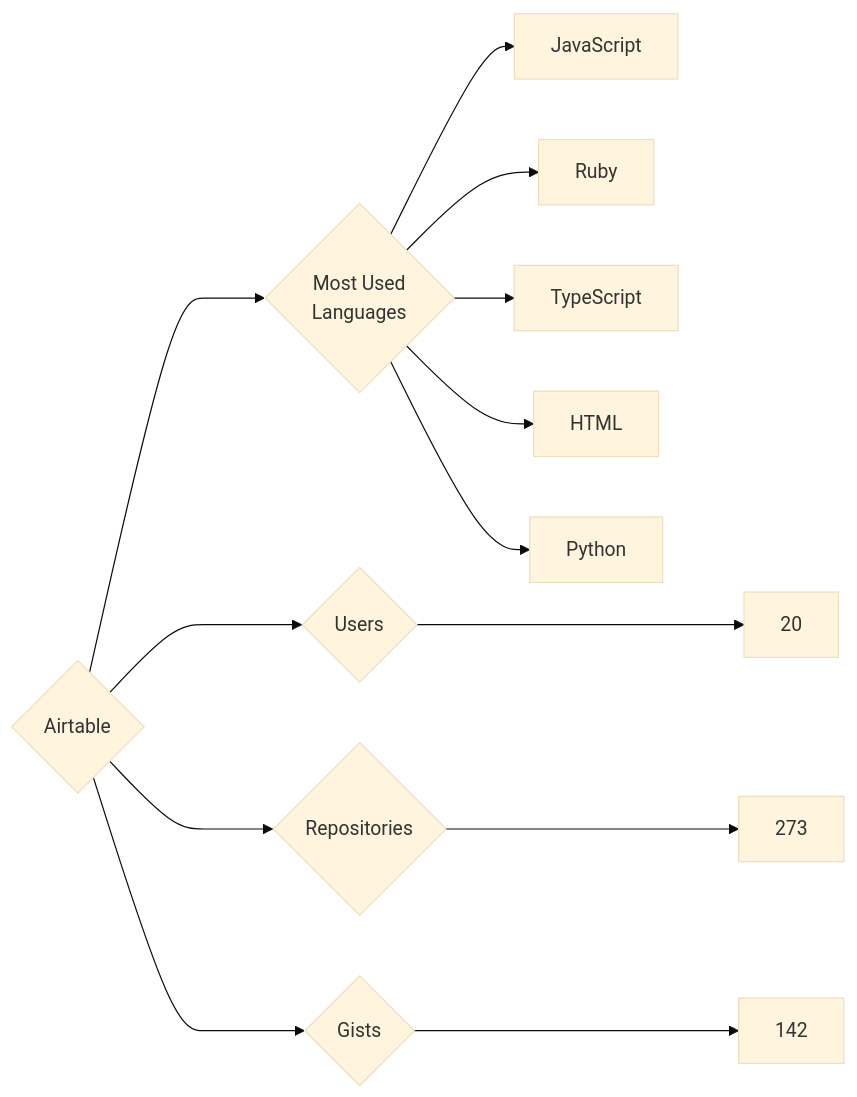
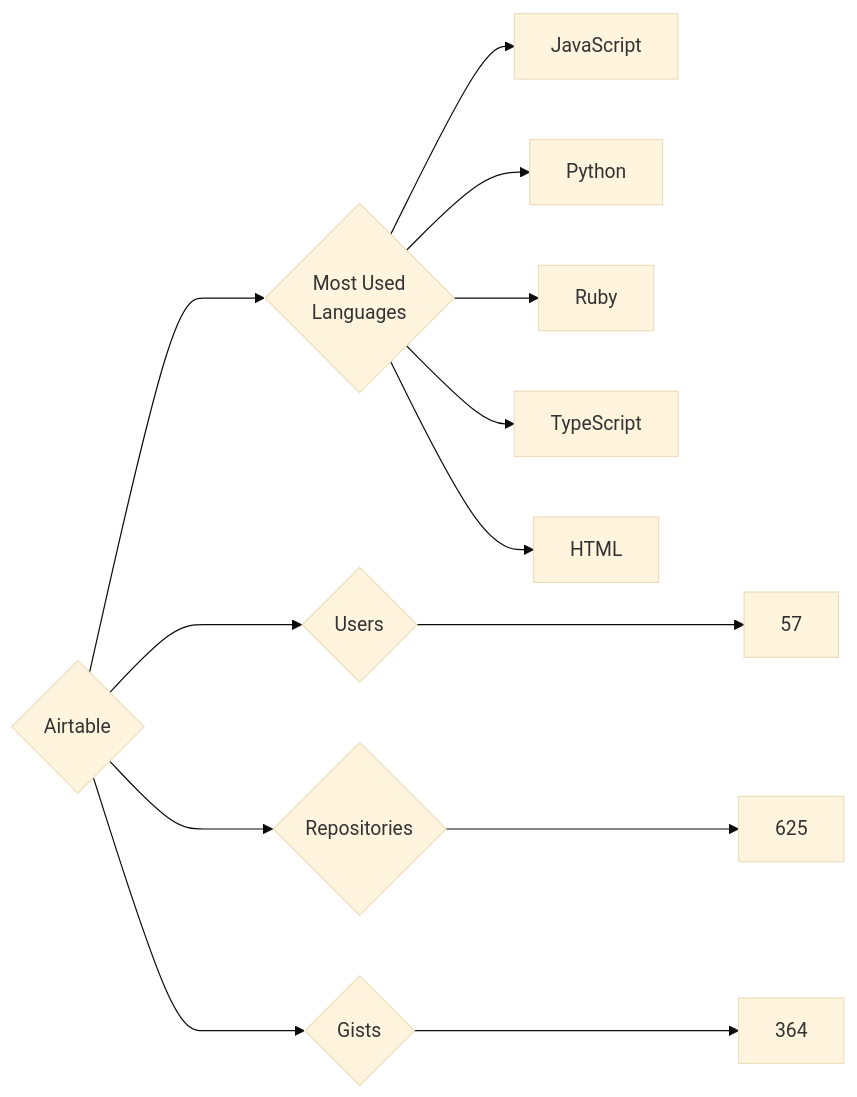
Before and after one commit to trickest/insiders: the diagram in targets/Airtable/README.md, drawn with Mermaid (base theme). The commit also changed 916 other files, not shown here.

````diff
--- a/targets/Airtable/README.md
+++ b/targets/Airtable/README.md
@@ -3,13 +3,13 @@
 ```mermaid
 graph LR
 COMPANY_NAME{Airtable}
-COMPANY_NAME ---> U{Users} ---> UN[20]
-COMPANY_NAME ---> R{Repositories} ---> RN[273]
-COMPANY_NAME ---> G{Gists} ---> GN[142]
+COMPANY_NAME ---> U{Users} ---> UN[57]
+COMPANY_NAME ---> R{Repositories} ---> RN[625]
+COMPANY_NAME ---> G{Gists} ---> GN[364]
 COMPANY_NAME ---> ML{Most Used<br>Languages}
 ML --> JavaScript[JavaScript]
+ML --> Python[Python]
 ML --> Ruby[Ruby]
 ML --> TypeScript[TypeScript]
 ML --> HTML[HTML]
-ML --> Python[Python]
 ```
````
